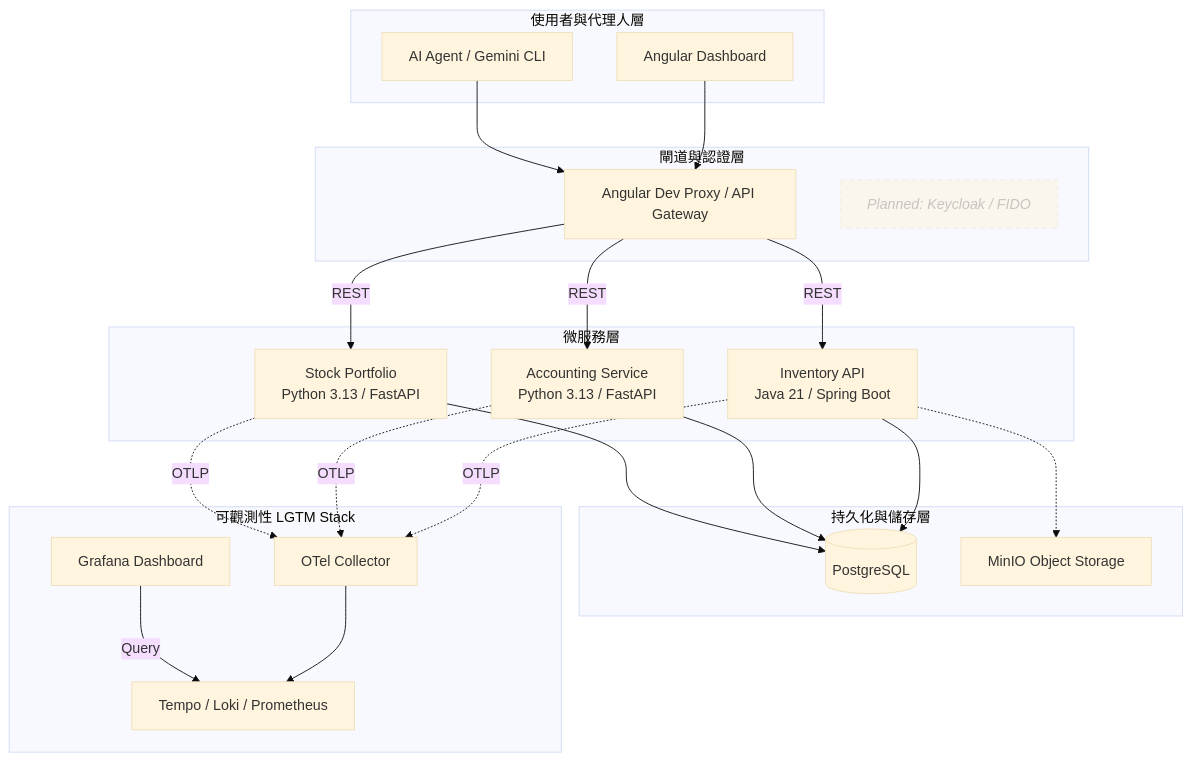
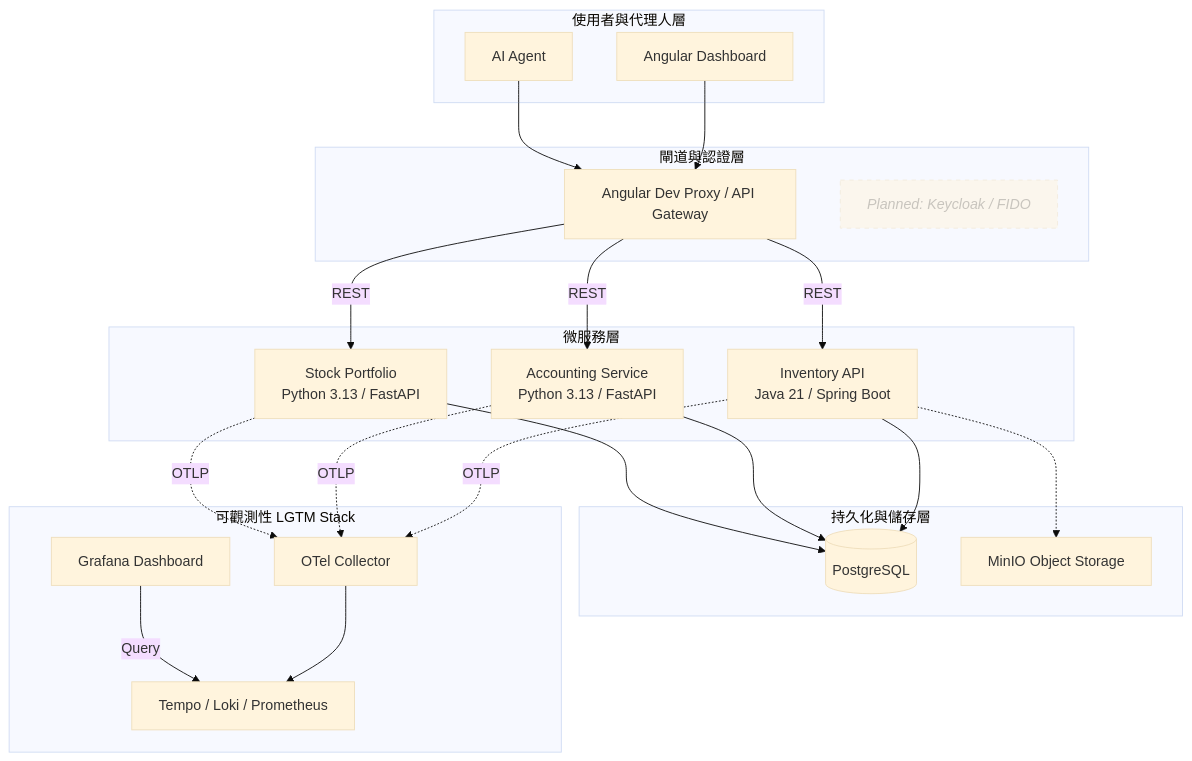
Before and after one commit to chihyishen/home-service-hub: the diagram in README.md, drawn with Mermaid (base theme). The commit also changed other lines of this file, not shown here.

Commit message:
Revise AI Agent mention and features in README
Updated AI Agent reference and improved feature description.

````diff
--- a/README.md
+++ b/README.md
@@ -14,56 +14,56 @@
 ```mermaid
 graph TD
     %% 1. 存取層
     subgraph Access_Layer [使用者與代理人層]
         UI[Angular Dashboard]
-        Agent[AI Agent / Gemini CLI]
+        Agent[AI Agent]
     end
 
     %% 2. 閘道與認證 (規劃中)
     subgraph Gateway_Auth [閘道與認證層]
         Proxy[Angular Dev Proxy / API Gateway]
         Keycloak[<i>Planned: Keycloak / FIDO</i>]:::planned
     end
 
     %% 3. 服務層
     subgraph Service_Layer [微服務層]
         Inventory[Inventory API<br/>Java 21 / Spring Boot]
         Accounting[Accounting Service<br/>Python 3.13 / FastAPI]
         Stock[Stock Portfolio<br/>Python 3.13 / FastAPI]
     end
 
     %% 4. 資料層
     subgraph Data_Layer [持久化與儲存層]
         Postgres[(PostgreSQL)]
         MinIO[MinIO Object Storage]
     end
 
     %% 5. 可觀測性層
     subgraph Obs_Layer [可觀測性 LGTM Stack]
         Collector[OTel Collector]
         Grafana[Grafana Dashboard]
         Tempo[Tempo / Loki / Prometheus]
     end
 
     %% 線條連接
     UI --> Proxy
     Agent --> Proxy
     Proxy -->|REST| Inventory
     Proxy -->|REST| Accounting
     Proxy -->|REST| Stock
 
     Inventory --> Postgres
     Accounting --> Postgres
     Stock --> Postgres
     Inventory -.-> MinIO
 
     %% 可觀測性流
     Inventory -.->|OTLP| Collector
     Accounting -.->|OTLP| Collector
     Stock -.->|OTLP| Collector
     Collector --> Tempo
     Grafana -->|Query| Tempo
 
     %% 樣式
     classDef planned stroke-dasharray: 5 5, opacity: 0.5
 ```
````
